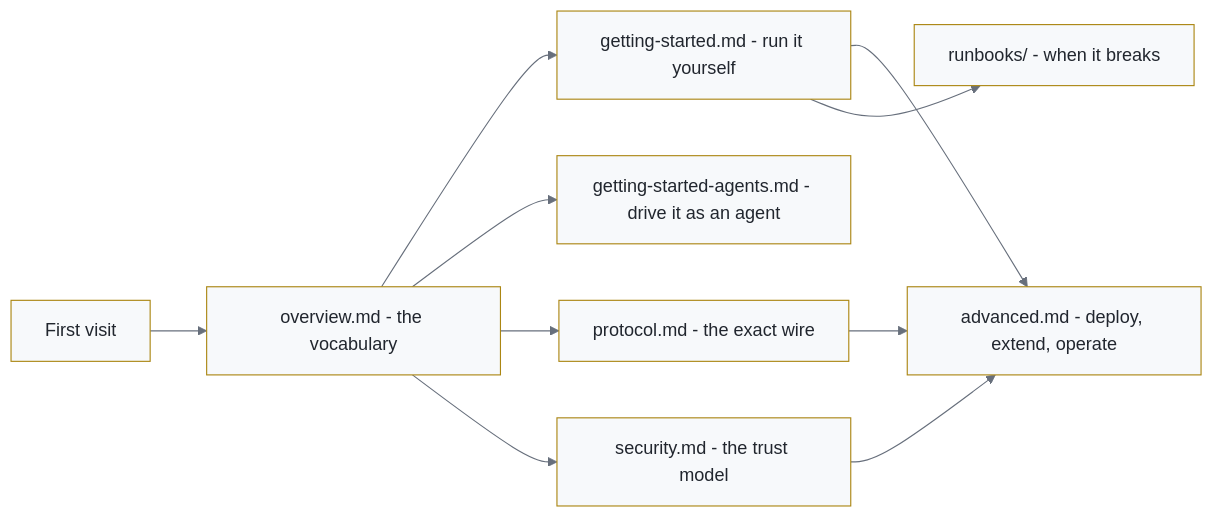
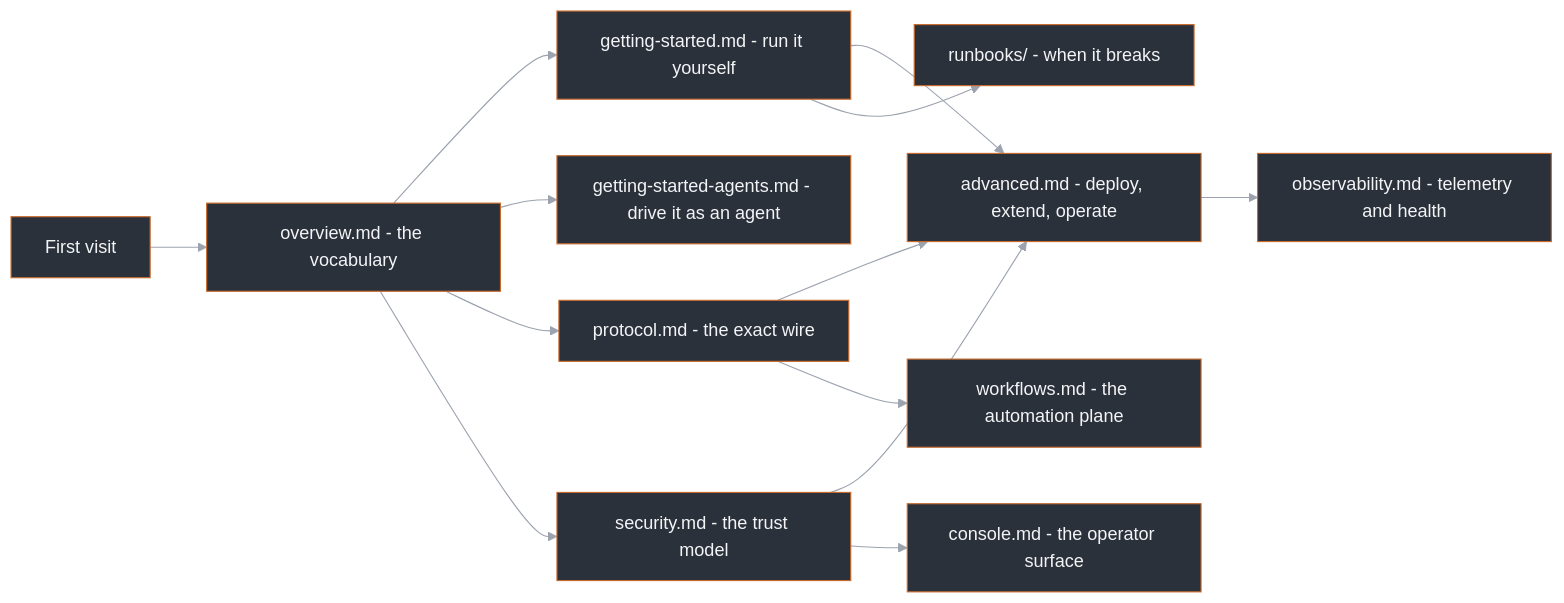
One commit to denisekart/open-facilitator changed the diagram in docs/README.md. Above: the diagram before and after it, drawn with Mermaid. The commit also changed other lines of this file and 43 other files, not shown here.

````diff
--- a/docs/README.md
+++ b/docs/README.md
@@ -30,15 +33,18 @@
 ```mermaid title="How the documentation tree discloses itself"
-%%{init: {"theme": "base", "themeVariables": {"primaryColor": "#f7f9fb",
-"primaryBorderColor": "#ab8612", "primaryTextColor": "#21262e",
-"lineColor": "#676f7c", "secondaryColor": "#faf2d6"}}}%%
+%%{init: {"theme": "base", "themeVariables": {"primaryColor": "#2b313b",
+"primaryBorderColor": "#c96a2d", "primaryTextColor": "#f3f4f6",
+"lineColor": "#9ca3af", "secondaryColor": "#3d332d"}}}%%
 flowchart LR
   NEW["First visit"] --> OVF["overview.md - the vocabulary"]
   OVF --> GS["getting-started.md - run it yourself"]
   OVF --> AGS["getting-started-agents.md - drive it as an agent"]
   GS --> ADV["advanced.md - deploy, extend, operate"]
   GS --> PB["runbooks/ - when it breaks"]
   OVF --> PRO["protocol.md - the exact wire"]
   OVF --> SEC["security.md - the trust model"]
   PRO --> ADV
   SEC --> ADV
+  PRO --> WF["workflows.md - the automation plane"]
+  SEC --> CON["console.md - the operator surface"]
+  ADV --> OBS["observability.md - telemetry and health"]
 ```
````
